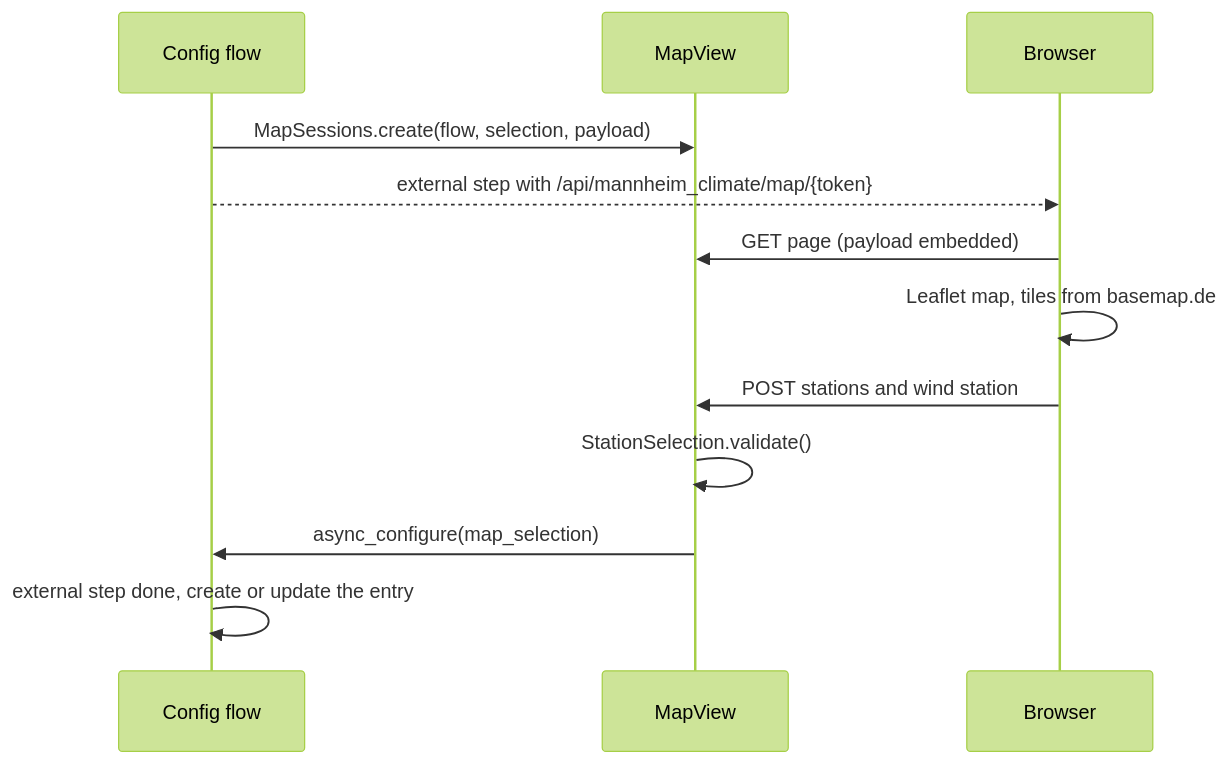
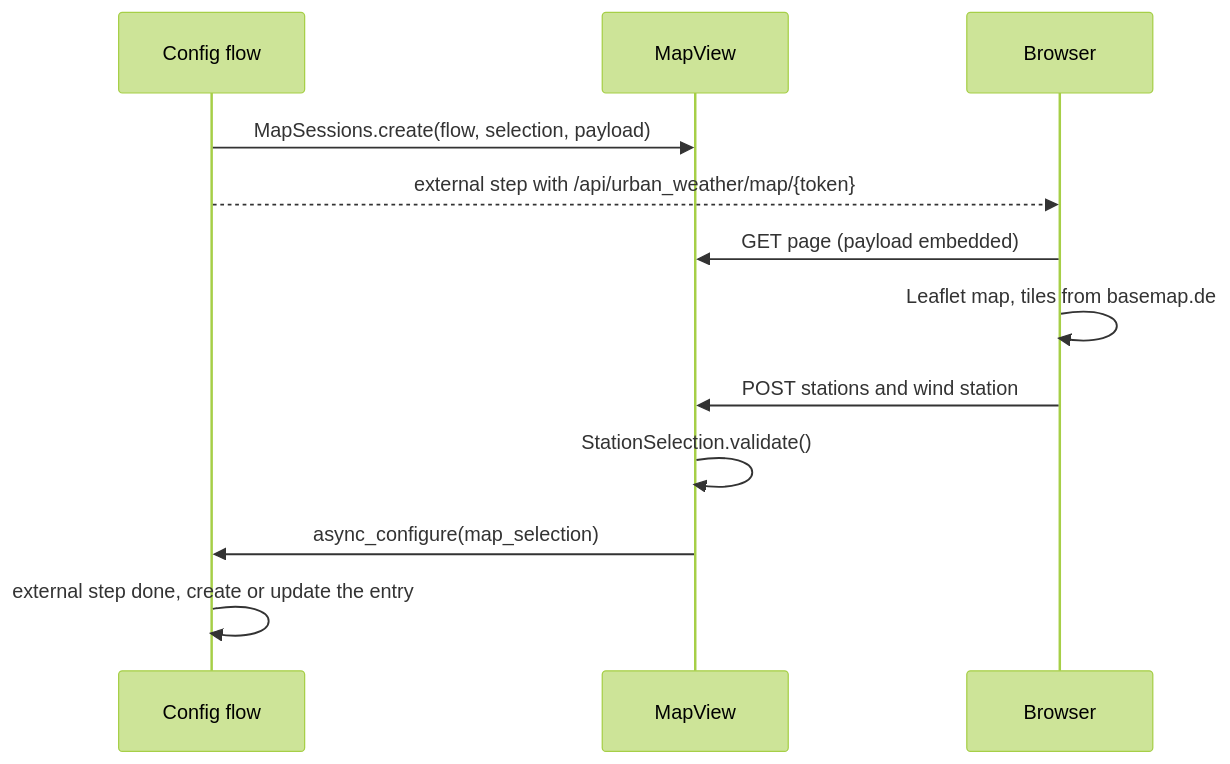
The third of 3 diagrams in docs/en/developer/architecture.md (CodeBrauer/ha-urban-weather), drawn with Mermaid (forest theme) before and after one commit. The commit also changed other lines of this file and 81 other files, not shown here.

First line of the commit message:
refactor!: rename the integration domain to urban_weather

````diff
--- a/docs/en/developer/architecture.md
+++ b/docs/en/developer/architecture.md
@@ -93,14 +93,14 @@
 ```mermaid
 sequenceDiagram
     participant Flow as Config flow
     participant Map as MapView
     participant Browser
     Flow->>Map: MapSessions.create(flow, selection, payload)
-    Flow-->>Browser: external step with /api/mannheim_climate/map/{token}
+    Flow-->>Browser: external step with /api/urban_weather/map/{token}
     Browser->>Map: GET page (payload embedded)
     Browser->>Browser: Leaflet map, tiles from basemap.de
     Browser->>Map: POST stations and wind station
     Map->>Map: StationSelection.validate()
     Map->>Flow: async_configure(map_selection)
     Flow->>Flow: external step done, create or update the entry
 ```
````
